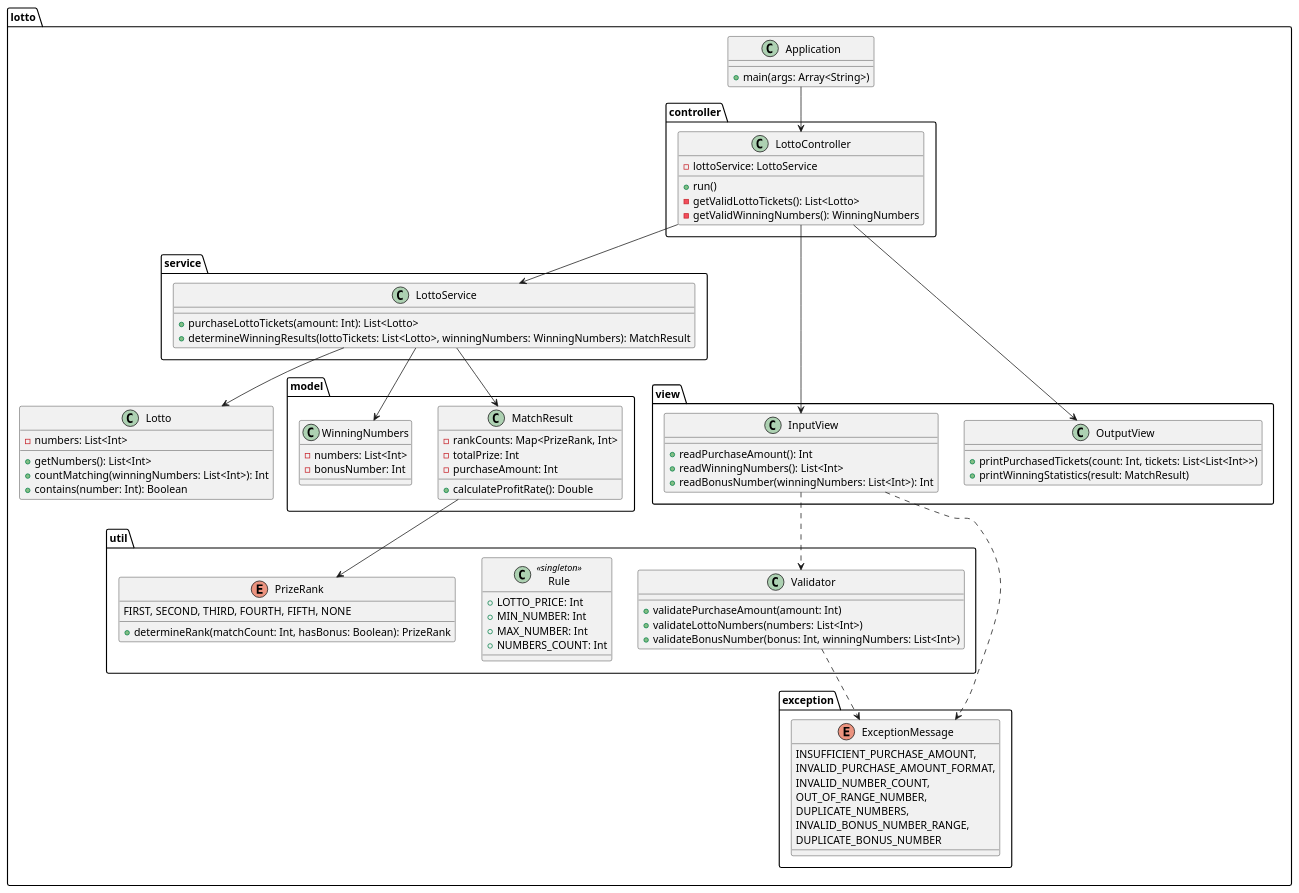
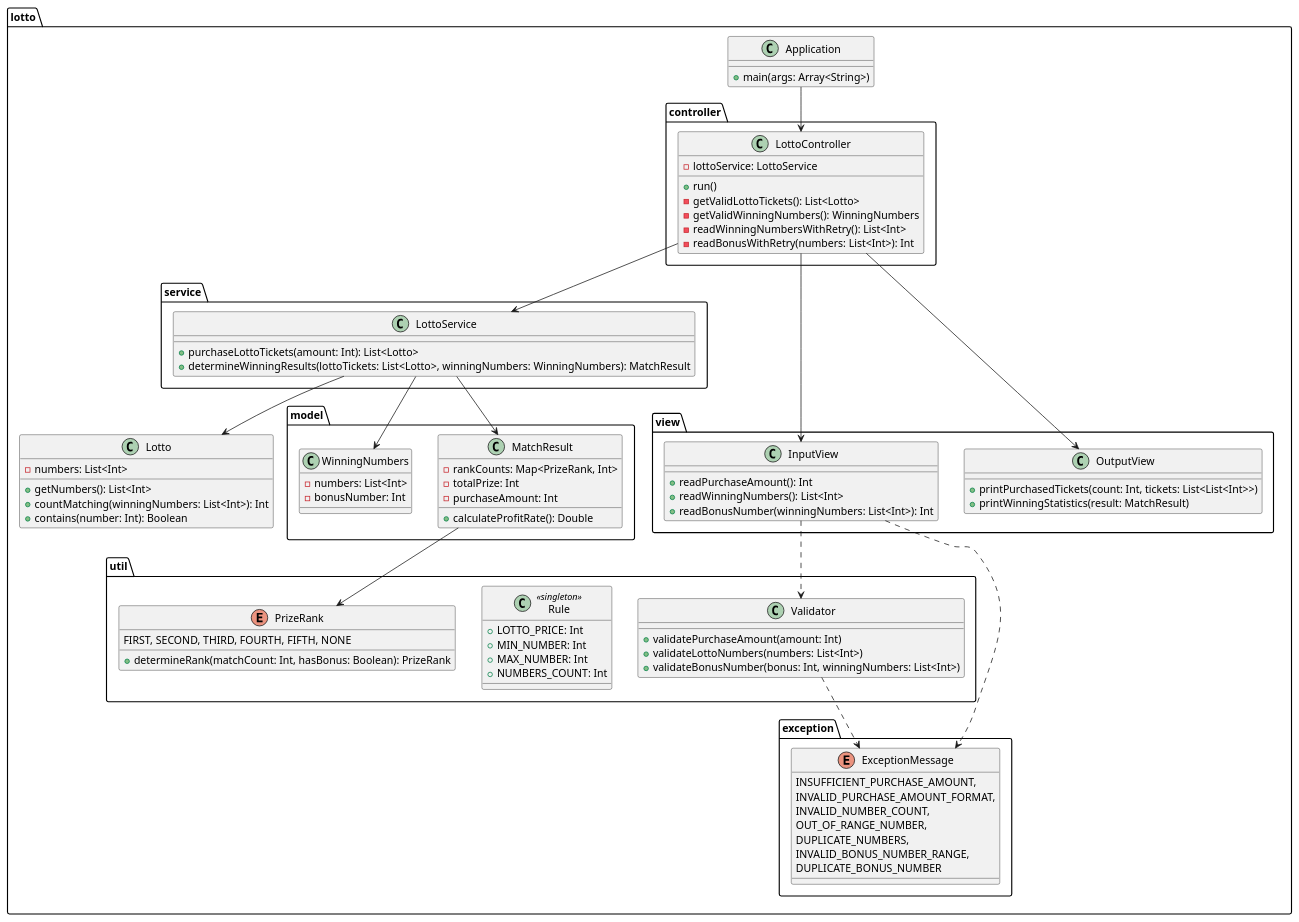
The diagram in docs/lotto.puml (herotechcourse/kotlin-lotto-precourse), drawn with PlantUML before and after one commit. The commit also changed 2 other files, not shown here.

Commit message:
docs(uml): update class diagram to include new retry methods

```diff
--- a/docs/lotto.puml
+++ b/docs/lotto.puml
@@ -1,100 +1,102 @@
 @startuml
 
 ' Package structure
 package lotto {
     class Application {
         + main(args: Array<String>)
     }
     class Lotto {
         - numbers: List<Int>
         + getNumbers(): List<Int>
         + countMatching(winningNumbers: List<Int>): Int
         + contains(number: Int): Boolean
     }
 }
 
 package "lotto.controller" {
     class LottoController {
         - lottoService: LottoService
         + run()
         - getValidLottoTickets(): List<Lotto>
         - getValidWinningNumbers(): WinningNumbers
+        - readWinningNumbersWithRetry(): List<Int>
+        - readBonusWithRetry(numbers: List<Int>): Int
     }
 }
 
 package "lotto.service" {
     class LottoService {
         + purchaseLottoTickets(amount: Int): List<Lotto>
         + determineWinningResults(lottoTickets: List<Lotto>, winningNumbers: WinningNumbers): MatchResult
     }
 }
 
 package "lotto.model" {
     class MatchResult {
         - rankCounts: Map<PrizeRank, Int>
         - totalPrize: Int
         - purchaseAmount: Int
         + calculateProfitRate(): Double
     }
     class WinningNumbers {
         - numbers: List<Int>
         - bonusNumber: Int
     }
 }
 
 package "lotto.util" {
     enum PrizeRank {
         FIRST, SECOND, THIRD, FOURTH, FIFTH, NONE
         + determineRank(matchCount: Int, hasBonus: Boolean): PrizeRank
     }
     class Rule <<singleton>> {
         + LOTTO_PRICE: Int
         + MIN_NUMBER: Int
         + MAX_NUMBER: Int
         + NUMBERS_COUNT: Int
     }
     class Validator {
         + validatePurchaseAmount(amount: Int)
         + validateLottoNumbers(numbers: List<Int>)
         + validateBonusNumber(bonus: Int, winningNumbers: List<Int>)
     }
 }
 
 package "lotto.exception" {
     enum ExceptionMessage {
         INSUFFICIENT_PURCHASE_AMOUNT,
         INVALID_PURCHASE_AMOUNT_FORMAT,
         INVALID_NUMBER_COUNT,
         OUT_OF_RANGE_NUMBER,
         DUPLICATE_NUMBERS,
         INVALID_BONUS_NUMBER_RANGE,
         DUPLICATE_BONUS_NUMBER
     }
 }
 
 package "lotto.view" {
     class InputView {
         + readPurchaseAmount(): Int
         + readWinningNumbers(): List<Int>
         + readBonusNumber(winningNumbers: List<Int>): Int
     }
     class OutputView {
         + printPurchasedTickets(count: Int, tickets: List<List<Int>>)
         + printWinningStatistics(result: MatchResult)
     }
 }
 
 ' Relationships
 Application --> LottoController
 LottoController --> LottoService
 LottoController --> InputView
 LottoController --> OutputView
 LottoService --> Lotto
 LottoService --> MatchResult
 LottoService --> WinningNumbers
 MatchResult --> PrizeRank
 Validator ..> ExceptionMessage
 InputView ..> Validator
 InputView ..> ExceptionMessage
 
 @enduml
```
